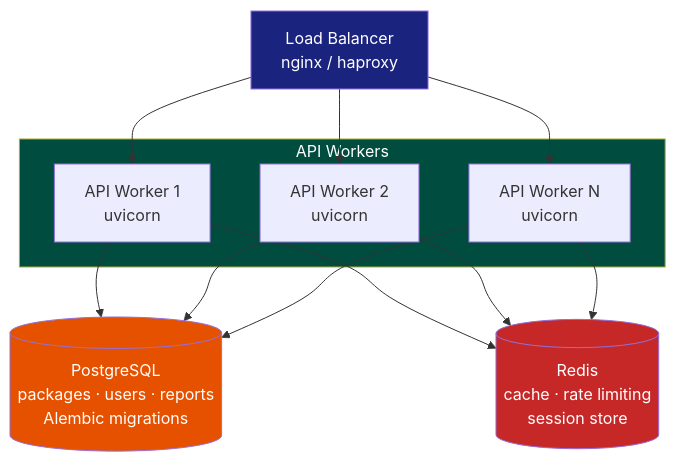
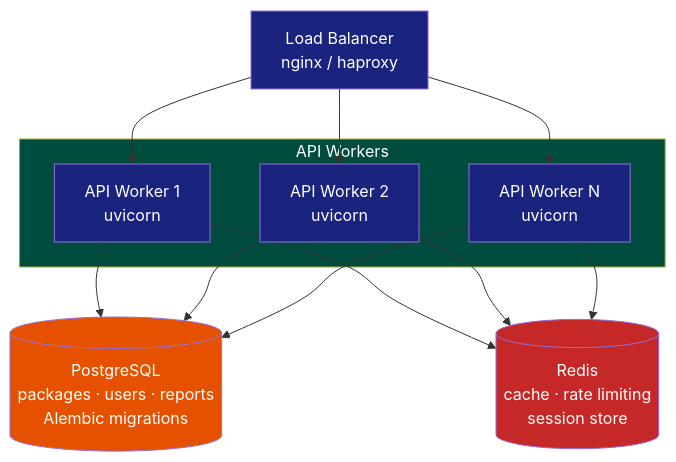
The diagram in docs/DEPLOYMENT.md (code-with-zeeshan/universal-dependency-resolver), drawn with Mermaid before and after one commit. The commit also changed 9 other files, not shown here.

First line of the commit message:
docs: fix mermaid lightbox sizing, white box labels, dedupe header badges

````diff
--- a/docs/DEPLOYMENT.md
+++ b/docs/DEPLOYMENT.md
@@ -5,27 +5,30 @@
 ```mermaid
 flowchart TD
     LB["Load Balancer<br/>nginx / haproxy"] --> W1
     LB --> W2
     LB --> WN["API Worker N"]
 
     subgraph WORKERS["API Workers"]
         W1["API Worker 1<br/>uvicorn"]
         W2["API Worker 2<br/>uvicorn"]
         WN["API Worker N<br/>uvicorn"]
     end
 
     W1 --> DB
     W2 --> DB
     WN --> DB
     W1 --> REDIS
     W2 --> REDIS
     WN --> REDIS
 
     DB[("PostgreSQL<br/>packages · users · reports<br/>Alembic migrations")]
     REDIS[("Redis<br/>cache · rate limiting<br/>session store")]
 
     style LB fill:#1a237e,color:#fff
     style WORKERS fill:#004d40,color:#fff
     style DB fill:#e65100,color:#fff
     style REDIS fill:#c62828,color:#fff
+
+    classDef box fill:#1a237e,color:#fff
+    class W1,W2,WN box
 ```
````
